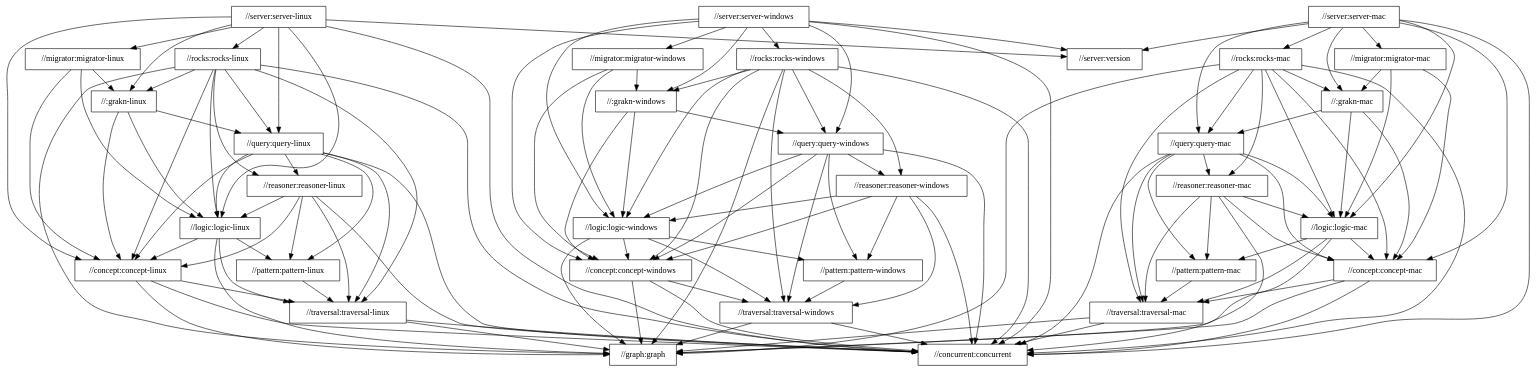
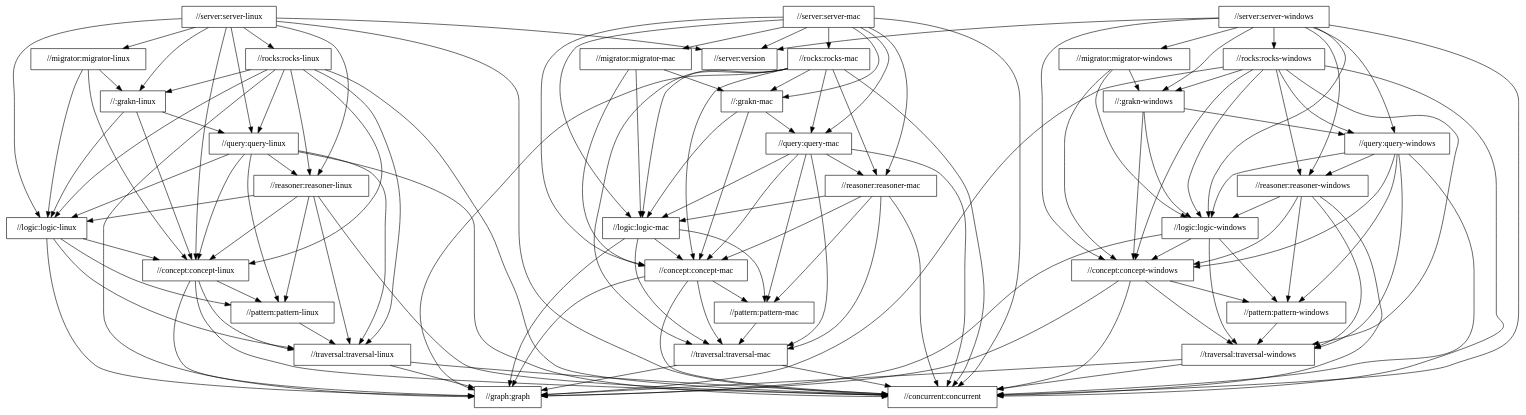
One commit to typedb/typedb changed the diagram in docs/package-structure.dot. Above: the diagram before and after it, drawn with Graphviz. The commit also changed 2 other files, not shown here.

Commit message:
Update package-structure diagram

```diff
--- a/docs/package-structure.dot
+++ b/docs/package-structure.dot
@@ -1,165 +1,171 @@
 digraph mygraph {
   node [shape=box];
-  "//server:server-mac"
-  "//server:server-mac" -> "//:grakn-mac"
-  "//server:server-mac" -> "//server:version"
-  "//server:server-mac" -> "//concept:concept-mac"
-  "//server:server-mac" -> "//concurrent:concurrent"
-  "//server:server-mac" -> "//logic:logic-mac"
-  "//server:server-mac" -> "//migrator:migrator-mac"
-  "//server:server-mac" -> "//query:query-mac"
-  "//server:server-mac" -> "//rocks:rocks-mac"
-  "//migrator:migrator-mac"
-  "//migrator:migrator-mac" -> "//:grakn-mac"
-  "//migrator:migrator-mac" -> "//concept:concept-mac"
-  "//migrator:migrator-mac" -> "//logic:logic-mac"
-  "//rocks:rocks-mac"
-  "//rocks:rocks-mac" -> "//:grakn-mac"
-  "//rocks:rocks-mac" -> "//traversal:traversal-mac"
-  "//rocks:rocks-mac" -> "//concept:concept-mac"
-  "//rocks:rocks-mac" -> "//concurrent:concurrent"
-  "//rocks:rocks-mac" -> "//graph:graph"
-  "//rocks:rocks-mac" -> "//logic:logic-mac"
-  "//rocks:rocks-mac" -> "//query:query-mac"
-  "//rocks:rocks-mac" -> "//reasoner:reasoner-mac"
-  "//server:server-linux"
-  "//server:server-linux" -> "//:grakn-linux"
-  "//server:server-linux" -> "//server:version"
-  "//server:server-linux" -> "//concept:concept-linux"
-  "//server:server-linux" -> "//concurrent:concurrent"
-  "//server:server-linux" -> "//logic:logic-linux"
-  "//server:server-linux" -> "//migrator:migrator-linux"
-  "//server:server-linux" -> "//query:query-linux"
-  "//server:server-linux" -> "//rocks:rocks-linux"
-  "//:grakn-mac"
-  "//:grakn-mac" -> "//concept:concept-mac"
-  "//:grakn-mac" -> "//logic:logic-mac"
-  "//:grakn-mac" -> "//query:query-mac"
-  "//query:query-mac"
-  "//query:query-mac" -> "//traversal:traversal-mac"
-  "//query:query-mac" -> "//concept:concept-mac"
-  "//query:query-mac" -> "//concurrent:concurrent"
-  "//query:query-mac" -> "//logic:logic-mac"
-  "//query:query-mac" -> "//pattern:pattern-mac"
-  "//query:query-mac" -> "//reasoner:reasoner-mac"
-  "//rocks:rocks-linux"
-  "//rocks:rocks-linux" -> "//:grakn-linux"
-  "//rocks:rocks-linux" -> "//traversal:traversal-linux"
-  "//rocks:rocks-linux" -> "//concept:concept-linux"
-  "//rocks:rocks-linux" -> "//concurrent:concurrent"
-  "//rocks:rocks-linux" -> "//graph:graph"
-  "//rocks:rocks-linux" -> "//logic:logic-linux"
-  "//rocks:rocks-linux" -> "//query:query-linux"
-  "//rocks:rocks-linux" -> "//reasoner:reasoner-linux"
-  "//migrator:migrator-linux"
-  "//migrator:migrator-linux" -> "//:grakn-linux"
-  "//migrator:migrator-linux" -> "//concept:concept-linux"
-  "//migrator:migrator-linux" -> "//logic:logic-linux"
-  "//:grakn-linux"
-  "//:grakn-linux" -> "//concept:concept-linux"
-  "//:grakn-linux" -> "//logic:logic-linux"
-  "//:grakn-linux" -> "//query:query-linux"
-  "//query:query-linux"
-  "//query:query-linux" -> "//traversal:traversal-linux"
-  "//query:query-linux" -> "//concept:concept-linux"
-  "//query:query-linux" -> "//concurrent:concurrent"
-  "//query:query-linux" -> "//logic:logic-linux"
-  "//query:query-linux" -> "//pattern:pattern-linux"
-  "//query:query-linux" -> "//reasoner:reasoner-linux"
-  "//reasoner:reasoner-linux"
-  "//reasoner:reasoner-linux" -> "//concept:concept-linux"
-  "//reasoner:reasoner-linux" -> "//concurrent:concurrent"
-  "//reasoner:reasoner-linux" -> "//logic:logic-linux"
-  "//reasoner:reasoner-linux" -> "//pattern:pattern-linux"
-  "//reasoner:reasoner-linux" -> "//traversal:traversal-linux"
-  "//logic:logic-linux"
-  "//logic:logic-linux" -> "//concept:concept-linux"
-  "//logic:logic-linux" -> "//graph:graph"
-  "//logic:logic-linux" -> "//pattern:pattern-linux"
-  "//logic:logic-linux" -> "//traversal:traversal-linux"
-  "//pattern:pattern-linux"
-  "//pattern:pattern-linux" -> "//traversal:traversal-linux"
-  "//concept:concept-linux"
-  "//concept:concept-linux" -> "//concurrent:concurrent"
-  "//concept:concept-linux" -> "//graph:graph"
-  "//concept:concept-linux" -> "//traversal:traversal-linux"
-  "//traversal:traversal-linux"
-  "//traversal:traversal-linux" -> "//concurrent:concurrent"
-  "//traversal:traversal-linux" -> "//graph:graph"
   "//server:server-windows"
   "//server:server-windows" -> "//:grakn-windows"
   "//server:server-windows" -> "//server:version"
   "//server:server-windows" -> "//concept:concept-windows"
   "//server:server-windows" -> "//concurrent:concurrent"
   "//server:server-windows" -> "//logic:logic-windows"
   "//server:server-windows" -> "//migrator:migrator-windows"
   "//server:server-windows" -> "//query:query-windows"
+  "//server:server-windows" -> "//reasoner:reasoner-windows"
   "//server:server-windows" -> "//rocks:rocks-windows"
   "//rocks:rocks-windows"
   "//rocks:rocks-windows" -> "//:grakn-windows"
   "//rocks:rocks-windows" -> "//traversal:traversal-windows"
   "//rocks:rocks-windows" -> "//concept:concept-windows"
   "//rocks:rocks-windows" -> "//concurrent:concurrent"
   "//rocks:rocks-windows" -> "//graph:graph"
   "//rocks:rocks-windows" -> "//logic:logic-windows"
   "//rocks:rocks-windows" -> "//query:query-windows"
   "//rocks:rocks-windows" -> "//reasoner:reasoner-windows"
   "//migrator:migrator-windows"
   "//migrator:migrator-windows" -> "//:grakn-windows"
   "//migrator:migrator-windows" -> "//concept:concept-windows"
   "//migrator:migrator-windows" -> "//logic:logic-windows"
   "//:grakn-windows"
   "//:grakn-windows" -> "//concept:concept-windows"
   "//:grakn-windows" -> "//logic:logic-windows"
   "//:grakn-windows" -> "//query:query-windows"
   "//query:query-windows"
   "//query:query-windows" -> "//traversal:traversal-windows"
   "//query:query-windows" -> "//concept:concept-windows"
   "//query:query-windows" -> "//concurrent:concurrent"
   "//query:query-windows" -> "//logic:logic-windows"
   "//query:query-windows" -> "//pattern:pattern-windows"
   "//query:query-windows" -> "//reasoner:reasoner-windows"
   "//reasoner:reasoner-windows"
   "//reasoner:reasoner-windows" -> "//concept:concept-windows"
   "//reasoner:reasoner-windows" -> "//concurrent:concurrent"
   "//reasoner:reasoner-windows" -> "//logic:logic-windows"
   "//reasoner:reasoner-windows" -> "//pattern:pattern-windows"
   "//reasoner:reasoner-windows" -> "//traversal:traversal-windows"
   "//logic:logic-windows"
   "//logic:logic-windows" -> "//concept:concept-windows"
   "//logic:logic-windows" -> "//graph:graph"
   "//logic:logic-windows" -> "//pattern:pattern-windows"
   "//logic:logic-windows" -> "//traversal:traversal-windows"
-  "//pattern:pattern-windows"
-  "//pattern:pattern-windows" -> "//traversal:traversal-windows"
+  "//server:server-linux"
+  "//server:server-linux" -> "//:grakn-linux"
+  "//server:server-linux" -> "//server:version"
+  "//server:server-linux" -> "//concept:concept-linux"
+  "//server:server-linux" -> "//concurrent:concurrent"
+  "//server:server-linux" -> "//logic:logic-linux"
+  "//server:server-linux" -> "//migrator:migrator-linux"
+  "//server:server-linux" -> "//query:query-linux"
+  "//server:server-linux" -> "//reasoner:reasoner-linux"
+  "//server:server-linux" -> "//rocks:rocks-linux"
+  "//rocks:rocks-linux"
+  "//rocks:rocks-linux" -> "//:grakn-linux"
+  "//rocks:rocks-linux" -> "//traversal:traversal-linux"
+  "//rocks:rocks-linux" -> "//concept:concept-linux"
+  "//rocks:rocks-linux" -> "//concurrent:concurrent"
+  "//rocks:rocks-linux" -> "//graph:graph"
+  "//rocks:rocks-linux" -> "//logic:logic-linux"
+  "//rocks:rocks-linux" -> "//query:query-linux"
+  "//rocks:rocks-linux" -> "//reasoner:reasoner-linux"
+  "//migrator:migrator-linux"
+  "//migrator:migrator-linux" -> "//:grakn-linux"
+  "//migrator:migrator-linux" -> "//concept:concept-linux"
+  "//migrator:migrator-linux" -> "//logic:logic-linux"
+  "//:grakn-linux"
+  "//:grakn-linux" -> "//concept:concept-linux"
+  "//:grakn-linux" -> "//logic:logic-linux"
+  "//:grakn-linux" -> "//query:query-linux"
+  "//server:server-mac"
+  "//server:server-mac" -> "//:grakn-mac"
+  "//server:server-mac" -> "//server:version"
+  "//server:server-mac" -> "//concept:concept-mac"
+  "//server:server-mac" -> "//concurrent:concurrent"
+  "//server:server-mac" -> "//logic:logic-mac"
+  "//server:server-mac" -> "//migrator:migrator-mac"
+  "//server:server-mac" -> "//query:query-mac"
+  "//server:server-mac" -> "//reasoner:reasoner-mac"
+  "//server:server-mac" -> "//rocks:rocks-mac"
+  "//rocks:rocks-mac"
+  "//rocks:rocks-mac" -> "//:grakn-mac"
+  "//rocks:rocks-mac" -> "//traversal:traversal-mac"
+  "//rocks:rocks-mac" -> "//concept:concept-mac"
+  "//rocks:rocks-mac" -> "//concurrent:concurrent"
+  "//rocks:rocks-mac" -> "//graph:graph"
+  "//rocks:rocks-mac" -> "//logic:logic-mac"
+  "//rocks:rocks-mac" -> "//query:query-mac"
+  "//rocks:rocks-mac" -> "//reasoner:reasoner-mac"
+  "//migrator:migrator-mac"
+  "//migrator:migrator-mac" -> "//:grakn-mac"
+  "//migrator:migrator-mac" -> "//concept:concept-mac"
+  "//migrator:migrator-mac" -> "//logic:logic-mac"
+  "//server:version"
+  "//:grakn-mac"
+  "//:grakn-mac" -> "//concept:concept-mac"
+  "//:grakn-mac" -> "//logic:logic-mac"
+  "//:grakn-mac" -> "//query:query-mac"
   "//concept:concept-windows"
   "//concept:concept-windows" -> "//concurrent:concurrent"
   "//concept:concept-windows" -> "//graph:graph"
+  "//concept:concept-windows" -> "//pattern:pattern-windows"
   "//concept:concept-windows" -> "//traversal:traversal-windows"
+  "//pattern:pattern-windows"
+  "//pattern:pattern-windows" -> "//traversal:traversal-windows"
   "//traversal:traversal-windows"
   "//traversal:traversal-windows" -> "//concurrent:concurrent"
   "//traversal:traversal-windows" -> "//graph:graph"
+  "//query:query-linux"
+  "//query:query-linux" -> "//traversal:traversal-linux"
+  "//query:query-linux" -> "//concept:concept-linux"
+  "//query:query-linux" -> "//concurrent:concurrent"
+  "//query:query-linux" -> "//logic:logic-linux"
+  "//query:query-linux" -> "//pattern:pattern-linux"
+  "//query:query-linux" -> "//reasoner:reasoner-linux"
+  "//reasoner:reasoner-linux"
+  "//reasoner:reasoner-linux" -> "//concept:concept-linux"
+  "//reasoner:reasoner-linux" -> "//concurrent:concurrent"
+  "//reasoner:reasoner-linux" -> "//logic:logic-linux"
+  "//reasoner:reasoner-linux" -> "//pattern:pattern-linux"
+  "//reasoner:reasoner-linux" -> "//traversal:traversal-linux"
+  "//logic:logic-linux"
+  "//logic:logic-linux" -> "//concept:concept-linux"
+  "//logic:logic-linux" -> "//graph:graph"
+  "//logic:logic-linux" -> "//pattern:pattern-linux"
+  "//logic:logic-linux" -> "//traversal:traversal-linux"
+  "//concept:concept-linux"
+  "//concept:concept-linux" -> "//concurrent:concurrent"
+  "//concept:concept-linux" -> "//graph:graph"
+  "//concept:concept-linux" -> "//pattern:pattern-linux"
+  "//concept:concept-linux" -> "//traversal:traversal-linux"
+  "//pattern:pattern-linux"
+  "//pattern:pattern-linux" -> "//traversal:traversal-linux"
+  "//traversal:traversal-linux"
+  "//traversal:traversal-linux" -> "//concurrent:concurrent"
+  "//traversal:traversal-linux" -> "//graph:graph"
+  "//query:query-mac"
+  "//query:query-mac" -> "//traversal:traversal-mac"
+  "//query:query-mac" -> "//concept:concept-mac"
+  "//query:query-mac" -> "//concurrent:concurrent"
+  "//query:query-mac" -> "//logic:logic-mac"
+  "//query:query-mac" -> "//pattern:pattern-mac"
+  "//query:query-mac" -> "//reasoner:reasoner-mac"
   "//reasoner:reasoner-mac"
   "//reasoner:reasoner-mac" -> "//concept:concept-mac"
   "//reasoner:reasoner-mac" -> "//concurrent:concurrent"
   "//reasoner:reasoner-mac" -> "//logic:logic-mac"
   "//reasoner:reasoner-mac" -> "//pattern:pattern-mac"
   "//reasoner:reasoner-mac" -> "//traversal:traversal-mac"
   "//logic:logic-mac"
   "//logic:logic-mac" -> "//concept:concept-mac"
   "//logic:logic-mac" -> "//graph:graph"
   "//logic:logic-mac" -> "//pattern:pattern-mac"
   "//logic:logic-mac" -> "//traversal:traversal-mac"
-  "//pattern:pattern-mac"
-  "//pattern:pattern-mac" -> "//traversal:traversal-mac"
   "//concept:concept-mac"
   "//concept:concept-mac" -> "//concurrent:concurrent"
   "//concept:concept-mac" -> "//graph:graph"
+  "//concept:concept-mac" -> "//pattern:pattern-mac"
   "//concept:concept-mac" -> "//traversal:traversal-mac"
+  "//pattern:pattern-mac"
+  "//pattern:pattern-mac" -> "//traversal:traversal-mac"
   "//traversal:traversal-mac"
   "//traversal:traversal-mac" -> "//concurrent:concurrent"
   "//traversal:traversal-mac" -> "//graph:graph"
   "//graph:graph"
   "//concurrent:concurrent"
-  "//server:version"
 }
```
